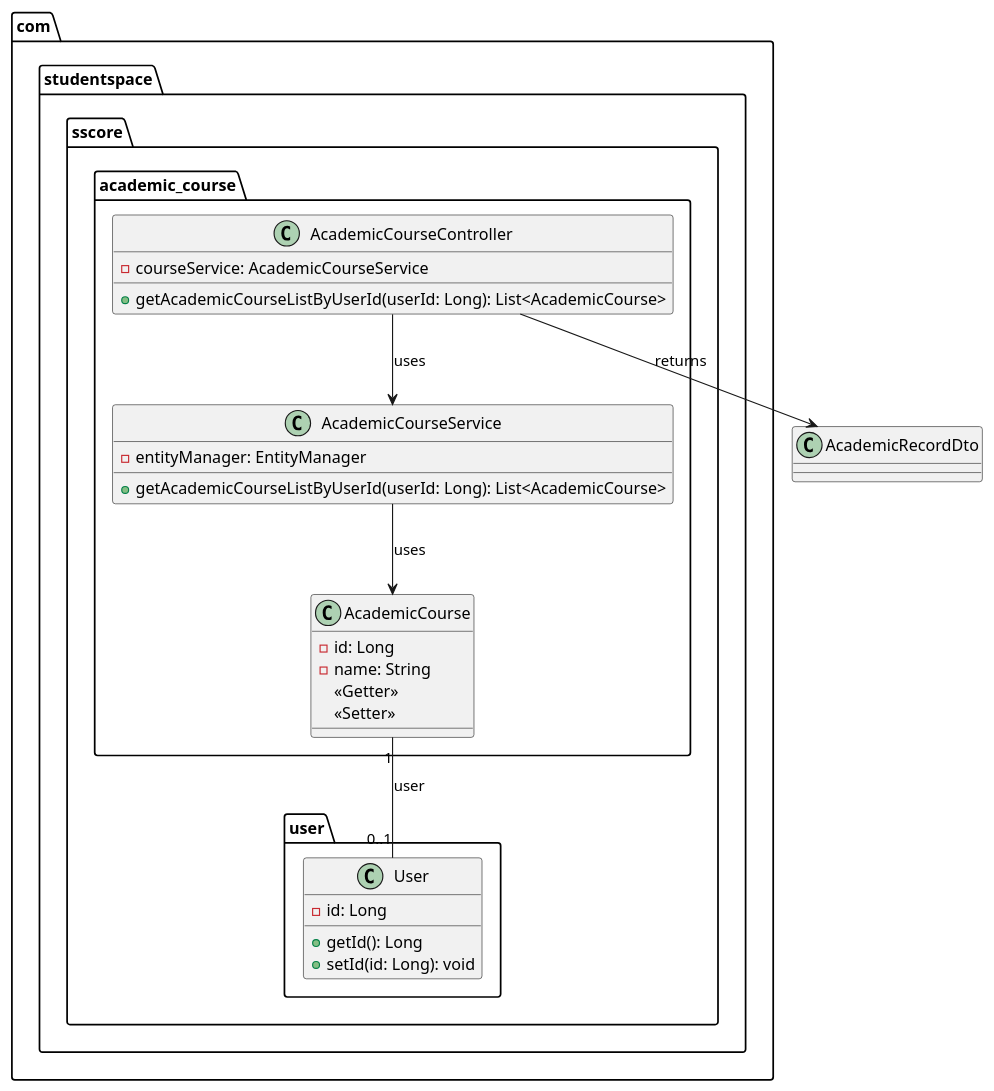
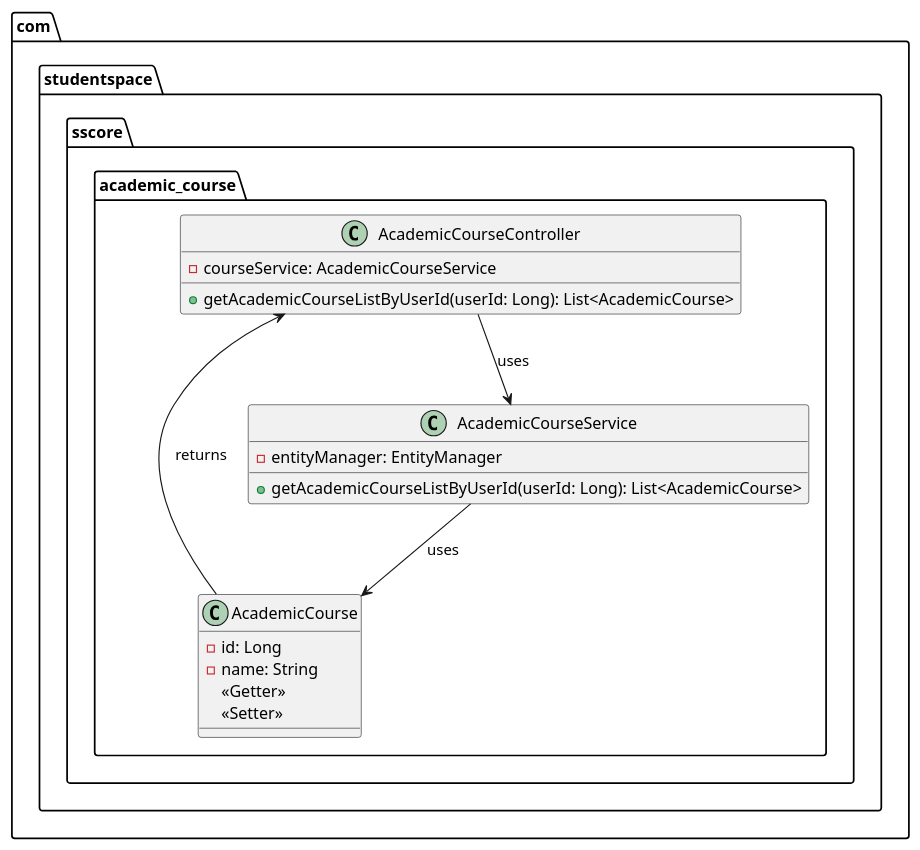
Before and after one commit to marcoslafoz/sscore: the diagram in src/main/java/com/studentspace/sscore/academic_course/AcademicCourse.puml, drawn with PlantUML. The commit also changed 5 other files, not shown here.

Commit message:
docs: :memo: UML Diagrams updated

```diff
--- a/src/main/java/com/studentspace/sscore/academic_course/AcademicCourse.puml
+++ b/src/main/java/com/studentspace/sscore/academic_course/AcademicCourse.puml
@@ -1,36 +1,29 @@
 @startuml
 
 package "com.studentspace.sscore.academic_course" {
     class AcademicCourse {
         - id: Long
         - name: String
        <<Getter>>
        <<Setter>>
     }
 
     class AcademicCourseService {
         - entityManager: EntityManager
         + getAcademicCourseListByUserId(userId: Long): List<AcademicCourse>
     }
 
     class AcademicCourseController {
         - courseService: AcademicCourseService
         + getAcademicCourseListByUserId(userId: Long): List<AcademicCourse>
     }
 }
 
-package "com.studentspace.sscore.user" {
-    class User {
-        - id: Long
-        + getId(): Long
-        + setId(id: Long): void
-    }
-}
 
-AcademicCourse "1" -- "0..1" User : user
+
 
 AcademicCourseService --> AcademicCourse : uses
 AcademicCourseController --> AcademicCourseService : uses
-AcademicCourseController --> AcademicRecordDto : returns
+AcademicCourseController <-- AcademicCourse : returns
 
 @enduml
```
